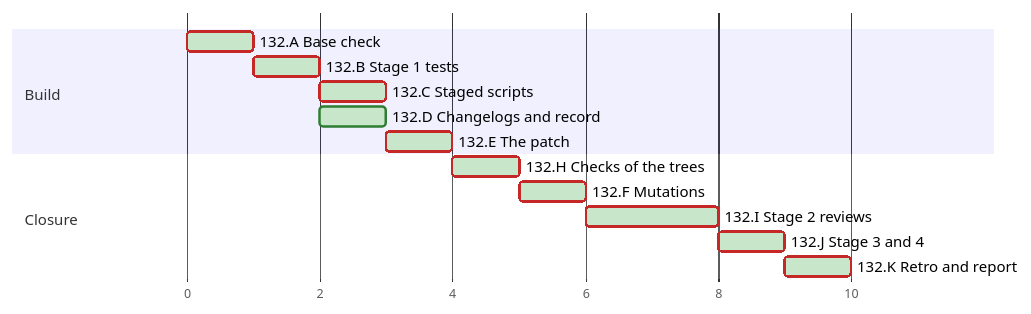
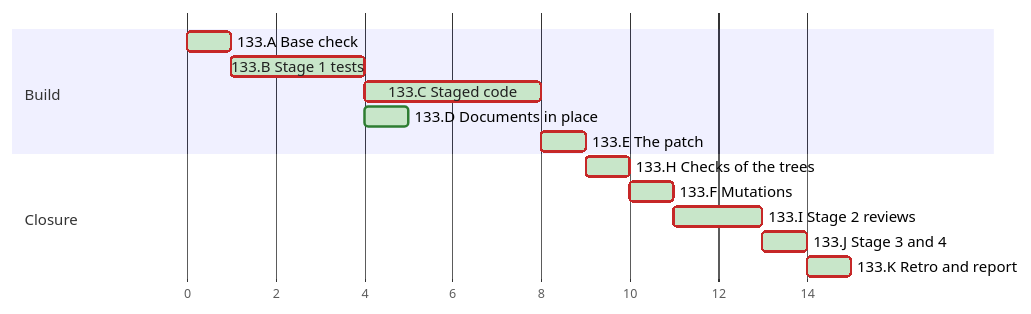
The diagram in docs/PLAN.md (MatrixFounder/Agentic-development), drawn with Mermaid before and after one commit. The commit also changed other lines of this file and 39 other files, not shown here.

````diff
--- a/docs/PLAN.md
+++ b/docs/PLAN.md
@@ -434,22 +644,22 @@
 ```mermaid
 %%{init: {"look": "classic", "themeVariables": {"doneTaskBkgColor": "#C8E6C9", "doneTaskBorderColor": "#2E7D32", "activeTaskBkgColor": "#FFF3C4", "activeTaskBorderColor": "#F9A825", "taskBkgColor": "#FFFFFF", "taskBorderColor": "#9E9E9E", "critBkgColor": "#FFFFFF", "critBorderColor": "#C62828", "taskTextColor": "#212121", "taskTextDarkColor": "#212121"}, "gantt": {"barHeight": 16, "barGap": 4, "topPadding": 50, "fontSize": 12, "sectionFontSize": 12, "numberSectionStyles": 2, "useWidth": 900, "leftPadding": 140, "rightPadding": 229}, "themeCSS": ".grid .tick line { stroke-opacity: 0.25; } .activeText0.taskTextOutsideRight, .activeText1.taskTextOutsideRight, .activeText2.taskTextOutsideRight, .activeText3.taskTextOutsideRight, .activeCritText0.taskTextOutsideRight, .activeCritText1.taskTextOutsideRight, .activeCritText2.taskTextOutsideRight, .activeCritText3.taskTextOutsideRight, .doneText0.taskTextOutsideRight, .doneText1.taskTextOutsideRight, .doneText2.taskTextOutsideRight, .doneText3.taskTextOutsideRight, .doneCritText0.taskTextOutsideRight, .doneCritText1.taskTextOutsideRight, .doneCritText2.taskTextOutsideRight, .doneCritText3.taskTextOutsideRight, .activeText0.taskTextOutsideLeft, .activeText1.taskTextOutsideLeft, .activeText2.taskTextOutsideLeft, .activeText3.taskTextOutsideLeft, .activeCritText0.taskTextOutsideLeft, .activeCritText1.taskTextOutsideLeft, .activeCritText2.taskTextOutsideLeft, .activeCritText3.taskTextOutsideLeft, .doneText0.taskTextOutsideLeft, .doneText1.taskTextOutsideLeft, .doneText2.taskTextOutsideLeft, .doneText3.taskTextOutsideLeft, .doneCritText0.taskTextOutsideLeft, .doneCritText1.taskTextOutsideLeft, .doneCritText2.taskTextOutsideLeft, .doneCritText3.taskTextOutsideLeft { fill: #ffffff !important; mix-blend-mode: difference; }"}}%%
 gantt
   accTitle: Plan chart
   accDescr: Each bar starts when its last dependency ends and lasts its estimate, the axis counts estimate hours from the start, not dates.
   dateFormat x
   axisFormat %Q
   tickInterval 2millisecond
   todayMarker off
   section Build
-    132.A Base check:done, crit, t132xA, 0, 1ms
-    132.B Stage 1 tests:done, crit, t132xB, 1, 1ms
-    132.C Staged scripts:done, crit, t132xC, 2, 1ms
-    132.D Changelogs and record:done, t132xD, 2, 1ms
-    132.E The patch:done, crit, t132xE, 3, 1ms
+    133.A Base check:done, crit, t133xA, 0, 1ms
+    133.B Stage 1 tests:done, crit, t133xB, 1, 3ms
+    133.C Staged code:done, crit, t133xC, 4, 4ms
+    133.D Documents in place:done, t133xD, 4, 1ms
+    133.E The patch:done, crit, t133xE, 8, 1ms
   section Closure
-    132.H Checks of the trees:done, crit, t132xH, 4, 1ms
-    132.F Mutations:done, crit, t132xF, 5, 1ms
-    132.I Stage 2 reviews:done, crit, t132xI, 6, 2ms
-    132.J Stage 3 and 4:done, crit, t132xJ, 8, 1ms
-    132.K Retro and report:done, crit, t132xK, 9, 1ms
+    133.H Checks of the trees:done, crit, t133xH, 9, 1ms
+    133.F Mutations:done, crit, t133xF, 10, 1ms
+    133.I Stage 2 reviews:done, crit, t133xI, 11, 2ms
+    133.J Stage 3 and 4:done, crit, t133xJ, 13, 1ms
+    133.K Retro and report:done, crit, t133xK, 14, 1ms
 ```
````
